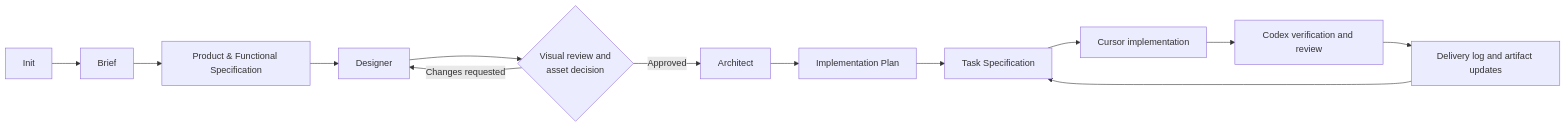
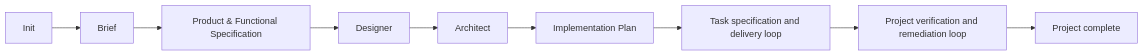
Before and after one commit to JakubM-I/codex-cursor-workflow: the first of 3 diagrams in docs/workflows/stage-resources.md, drawn with Mermaid. The commit also changed other lines of this file and 17 other files, not shown here.

Commit message:
Add project verification and remediation workflow

````diff
--- a/docs/workflows/stage-resources.md
+++ b/docs/workflows/stage-resources.md
@@ -13,15 +13,11 @@
 ```mermaid
 flowchart LR
   Init[Init] --> Brief[Brief]
   Brief --> Spec[Product & Functional Specification]
   Spec --> Design[Designer]
-  Design --> Review{Visual review and\nasset decision}
-  Review -->|Approved| Architect[Architect]
-  Review -->|Changes requested| Design
+  Design --> Architect[Architect]
   Architect --> Plan[Implementation Plan]
-  Plan --> TaskSpec[Task Specification]
-  TaskSpec --> Cursor[Cursor implementation]
-  Cursor --> Verify[Codex verification and review]
-  Verify --> Log[Delivery log and artifact updates]
-  Log --> TaskSpec
+  Plan --> Delivery[Task specification and delivery loop]
+  Delivery --> ProjectVerify[Project verification and remediation loop]
+  ProjectVerify --> Complete[Project complete]
 ```
````
